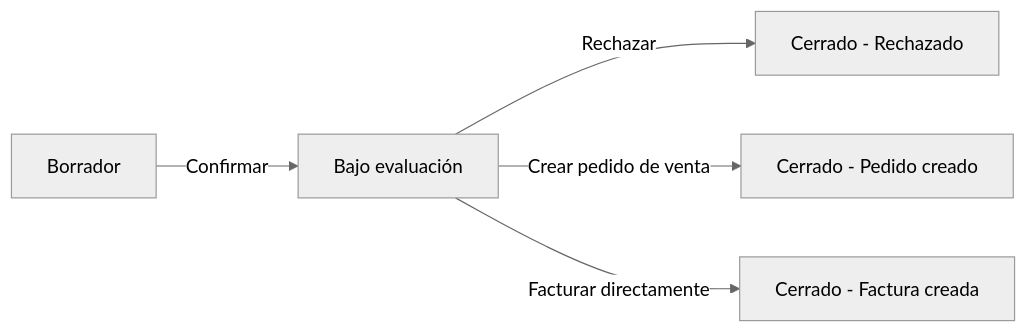
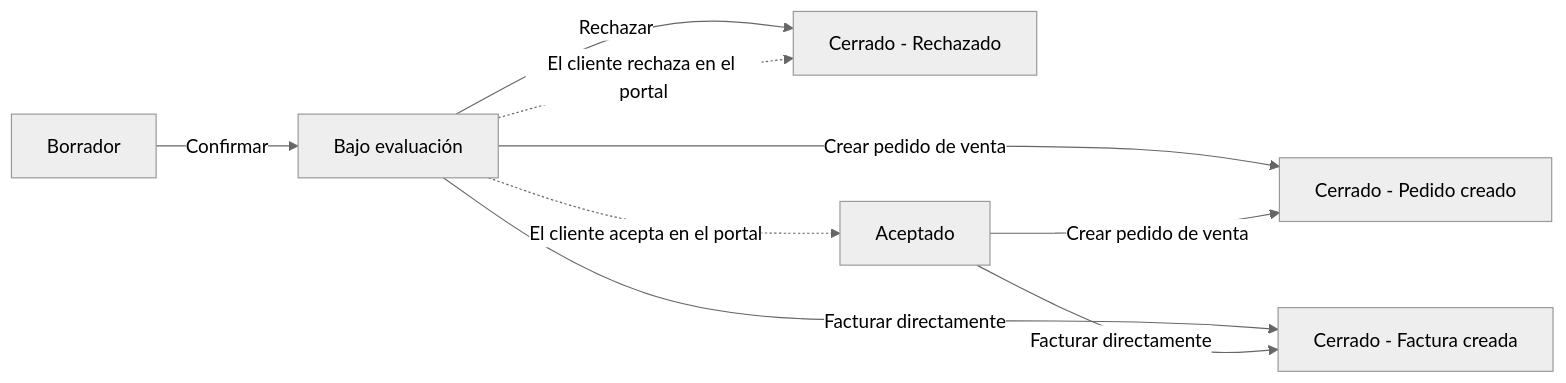
Before and after one commit to etendo-ai/etendo-docs: the diagram in docs/es/comercial/ventas/crear-y-gestionar-presupuestos/crear-y-gestionar-presupuestos.md, drawn with Mermaid (neutral theme). The commit also changed other lines of this file and 5 other files, not shown here.

First line of the commit message:
Feature ETP-6209: Documentar el Portal del cliente (beta)

````diff
--- a/docs/es/comercial/ventas/crear-y-gestionar-presupuestos/crear-y-gestionar-presupuestos.md
+++ b/docs/es/comercial/ventas/crear-y-gestionar-presupuestos/crear-y-gestionar-presupuestos.md
@@ -24,7 +24,11 @@
 ```mermaid
 flowchart LR
   A[Borrador] -->|Confirmar| B[Bajo evaluación]
   B -->|Rechazar| R[Cerrado - Rechazado]
   B -->|Crear pedido de venta| C[Cerrado - Pedido creado]
   B -->|Facturar directamente| D[Cerrado - Factura creada]
+  B -.->|El cliente acepta en el portal| AC[Aceptado]
+  B -.->|El cliente rechaza en el portal| R
+  AC -->|Crear pedido de venta| C
+  AC -->|Facturar directamente| D
 ```
````
